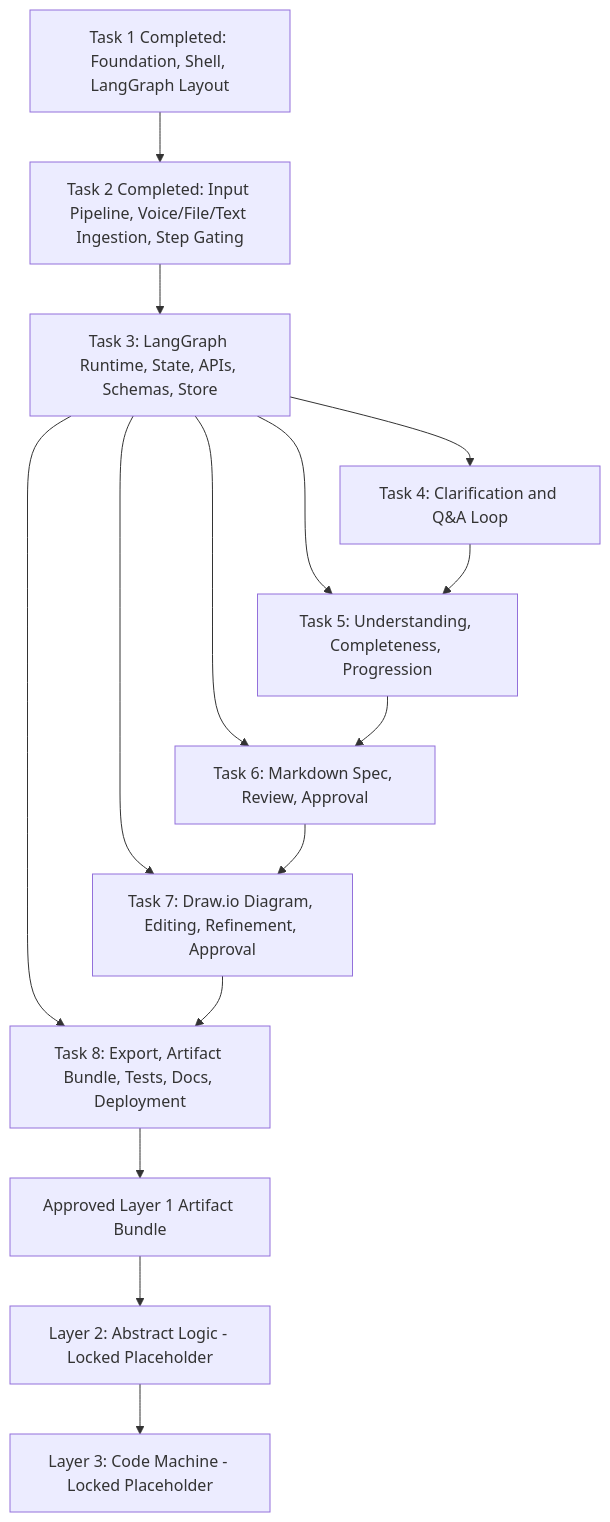
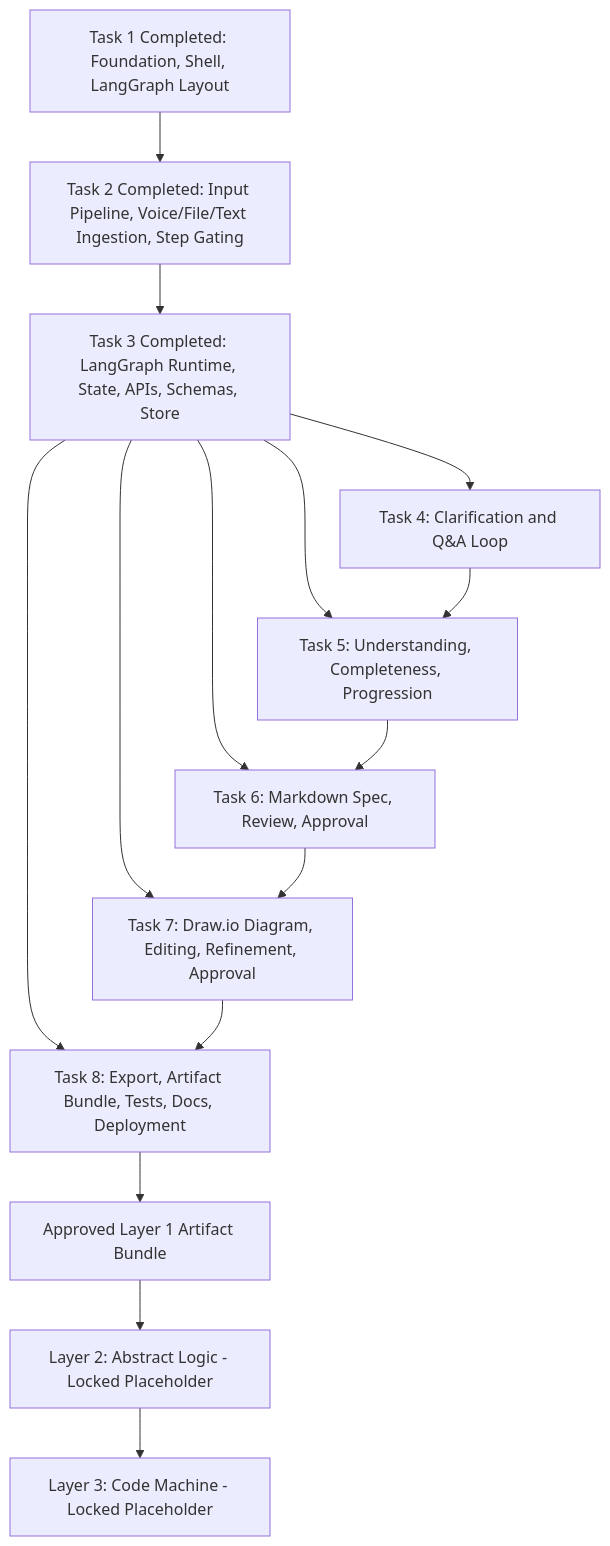
Diagram 18 of 20 in Docs/system-design-detailed-plan.md (ProductMasterz/Mujarrad-Frontend), drawn with Mermaid before and after one commit. The commit also changed other lines of this file and 5 other files, not shown here.

````diff
--- a/Docs/system-design-detailed-plan.md
+++ b/Docs/system-design-detailed-plan.md
@@ -2443,28 +2478,28 @@
 ```mermaid
 flowchart TD
     T1[Task 1 Completed: Foundation, Shell, LangGraph Layout]
     T2[Task 2 Completed: Input Pipeline, Voice/File/Text Ingestion, Step Gating]
-    T3[Task 3: LangGraph Runtime, State, APIs, Schemas, Store]
+    T3[Task 3 Completed: LangGraph Runtime, State, APIs, Schemas, Store]
     T4[Task 4: Clarification and Q&A Loop]
     T5[Task 5: Understanding, Completeness, Progression]
     T6[Task 6: Markdown Spec, Review, Approval]
     T7[Task 7: Draw.io Diagram, Editing, Refinement, Approval]
     T8[Task 8: Export, Artifact Bundle, Tests, Docs, Deployment]
 
     T1 --> T2
     T2 --> T3
     T3 --> T4
     T3 --> T5
     T3 --> T6
     T3 --> T7
     T3 --> T8
 
     T4 --> T5
     T5 --> T6
     T6 --> T7
     T7 --> T8
 
     T8 --> A[Approved Layer 1 Artifact Bundle]
     A --> L2[Layer 2: Abstract Logic - Locked Placeholder]
     L2 --> L3[Layer 3: Code Machine - Locked Placeholder]
 ```
````
